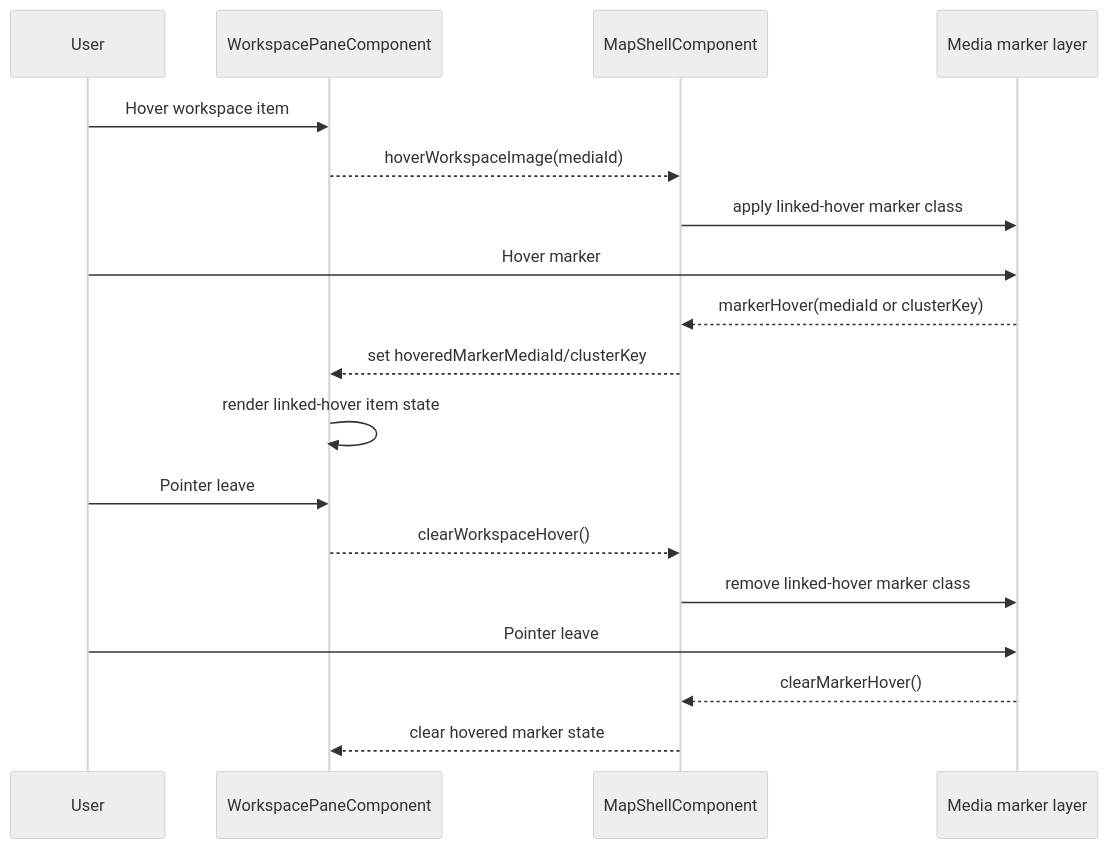
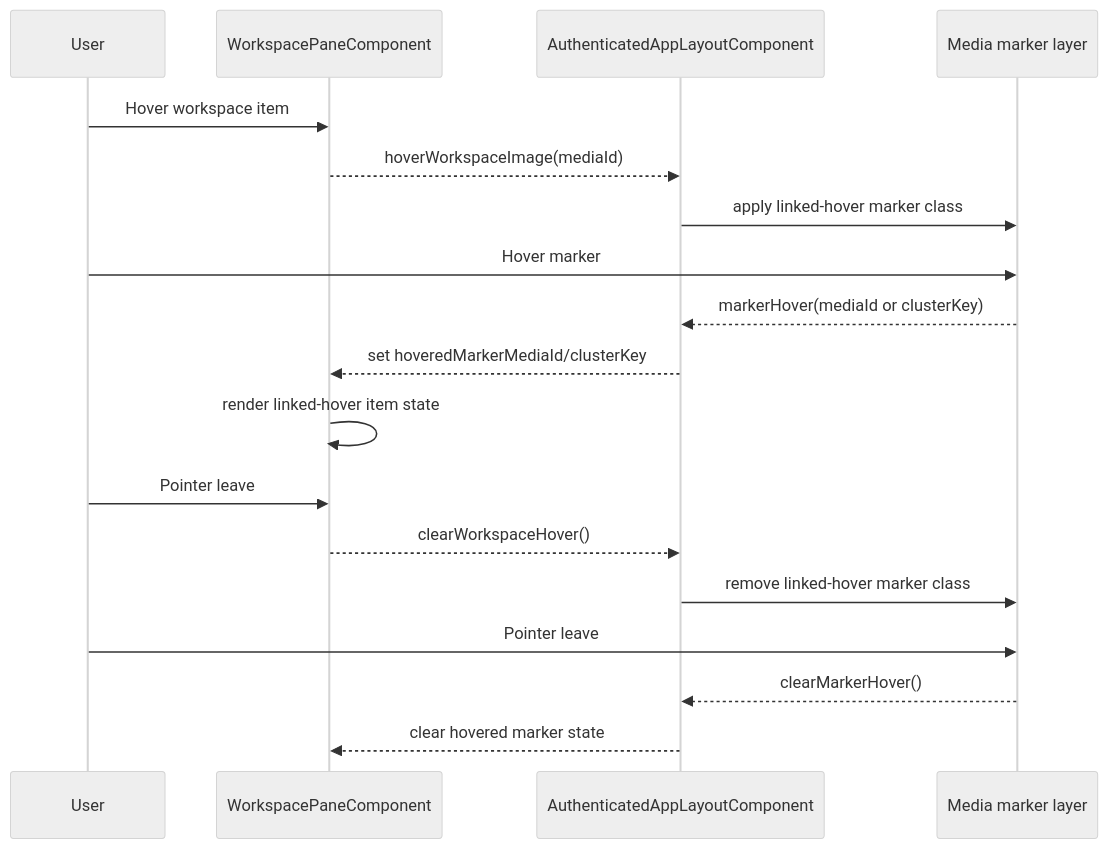
One commit to matkleve/feldpost changed the fifth of 5 diagrams in docs/specs/ui/workspace/workspace-pane.md. Above: the diagram before and after it, drawn with Mermaid (neutral theme). The commit also changed other lines of this file and 6 other files, not shown here.

First line of the commit message:
docs: align workspace pane specs with authenticated layout host

````diff
--- a/docs/specs/ui/workspace/workspace-pane.md
+++ b/docs/specs/ui/workspace/workspace-pane.md
@@ -272,24 +273,24 @@
 ```mermaid
 sequenceDiagram
   participant User
   participant Pane as WorkspacePaneComponent
-  participant Shell as MapShellComponent
+  participant Shell as AuthenticatedAppLayoutComponent
   participant Markers as Media marker layer
 
   User->>Pane: Hover workspace item
   Pane-->>Shell: hoverWorkspaceImage(mediaId)
   Shell->>Markers: apply linked-hover marker class
 
   User->>Markers: Hover marker
   Markers-->>Shell: markerHover(mediaId or clusterKey)
   Shell-->>Pane: set hoveredMarkerMediaId/clusterKey
   Pane->>Pane: render linked-hover item state
 
   User->>Pane: Pointer leave
   Pane-->>Shell: clearWorkspaceHover()
   Shell->>Markers: remove linked-hover marker class
 
   User->>Markers: Pointer leave
   Markers-->>Shell: clearMarkerHover()
   Shell-->>Pane: clear hovered marker state
 ```
````
